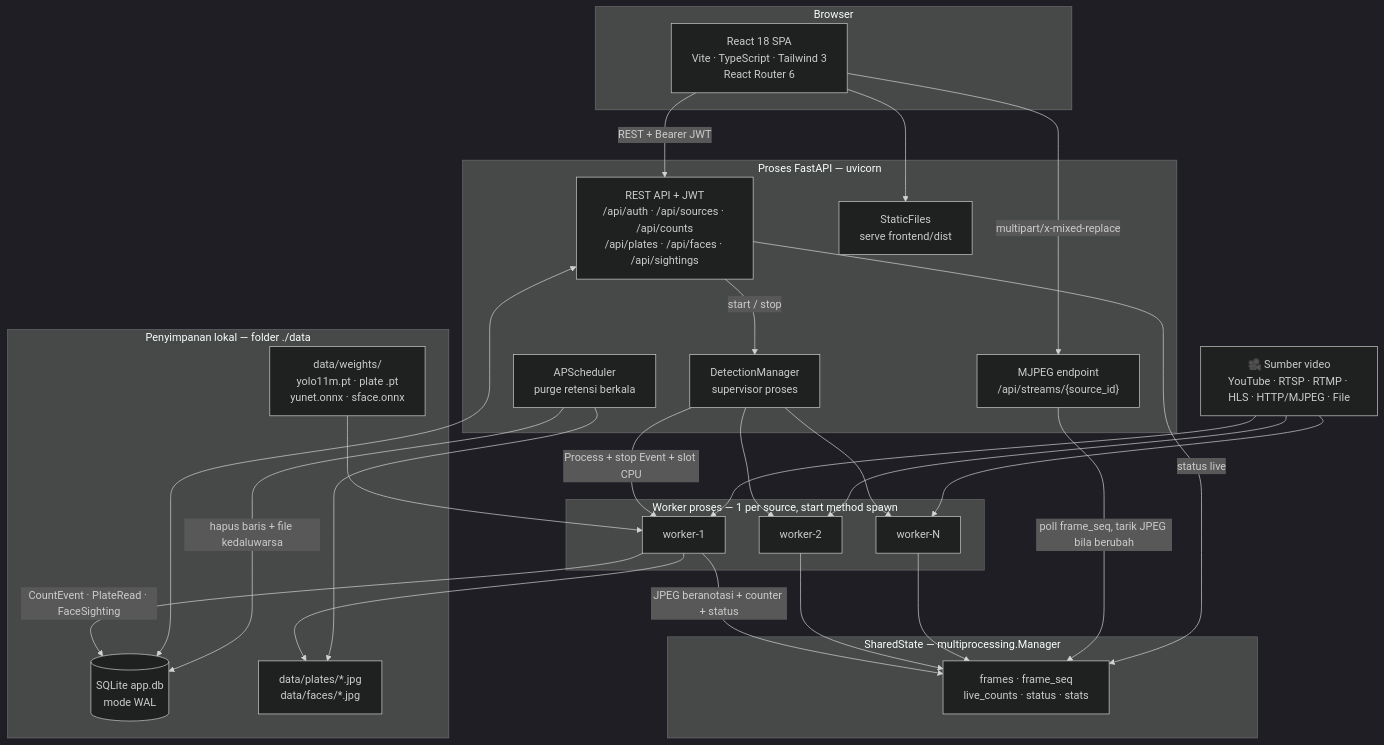
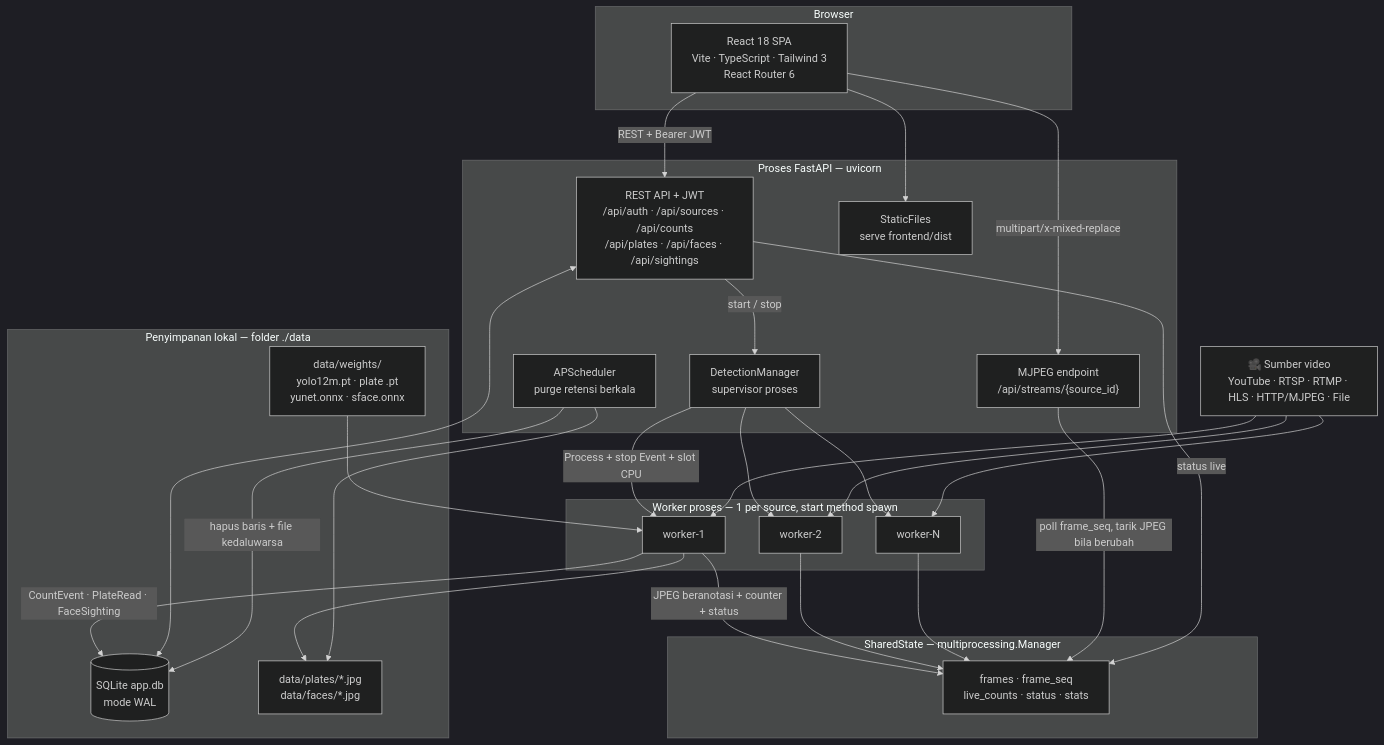
Before and after one commit to andiyulistyo/cctv-forall: the first of 9 diagrams in docs/ARCHITECTURE.md, drawn with Mermaid (dark theme). The commit also changed other lines of this file and 5 other files, not shown here.

````diff
--- a/docs/ARCHITECTURE.md
+++ b/docs/ARCHITECTURE.md
@@ -18,58 +18,58 @@
 ```mermaid
 flowchart TB
     SRC["🎥 Sumber video<br/>YouTube · RTSP · RTMP · HLS · HTTP/MJPEG · File"]
 
     subgraph client["Browser"]
         SPA["React 18 SPA<br/>Vite · TypeScript · Tailwind 3<br/>React Router 6"]
     end
 
     subgraph apiproc["Proses FastAPI — uvicorn"]
         REST["REST API + JWT<br/>/api/auth · /api/sources · /api/counts<br/>/api/plates · /api/faces · /api/sightings"]
         MJPEG["MJPEG endpoint<br/>/api/streams/{source_id}"]
         MGR["DetectionManager<br/>supervisor proses"]
         SCHED["APScheduler<br/>purge retensi berkala"]
         STATIC["StaticFiles<br/>serve frontend/dist"]
     end
 
     subgraph shared["SharedState — multiprocessing.Manager"]
         SH["frames · frame_seq<br/>live_counts · status · stats"]
     end
 
     subgraph workers["Worker proses — 1 per source, start method spawn"]
         W1["worker-1"]
         W2["worker-2"]
         WN["worker-N"]
     end
 
     subgraph store["Penyimpanan lokal — folder ./data"]
         DB[("SQLite app.db<br/>mode WAL")]
         IMG["data/plates/*.jpg<br/>data/faces/*.jpg"]
-        WGT["data/weights/<br/>yolo11m.pt · plate .pt<br/>yunet.onnx · sface.onnx"]
+        WGT["data/weights/<br/>yolo12m.pt · plate .pt<br/>yunet.onnx · sface.onnx"]
     end
 
     SPA -->|"REST + Bearer JWT"| REST
     SPA -->|"multipart/x-mixed-replace"| MJPEG
     SPA --> STATIC
 
     REST -->|"start / stop"| MGR
     MGR -->|"Process + stop Event + slot CPU"| W1
     MGR --> W2
     MGR --> WN
 
     SRC --> W1
     SRC --> W2
     SRC --> WN
 
     W1 -->|"JPEG beranotasi + counter + status"| SH
     W2 --> SH
     WN --> SH
     MJPEG -->|"poll frame_seq, tarik JPEG bila berubah"| SH
     REST -->|"status live"| SH
 
     WGT --> W1
     W1 -->|"CountEvent · PlateRead · FaceSighting"| DB
     W1 --> IMG
     REST <--> DB
     SCHED -->|"hapus baris + file kedaluwarsa"| DB
     SCHED --> IMG
 ```
````
